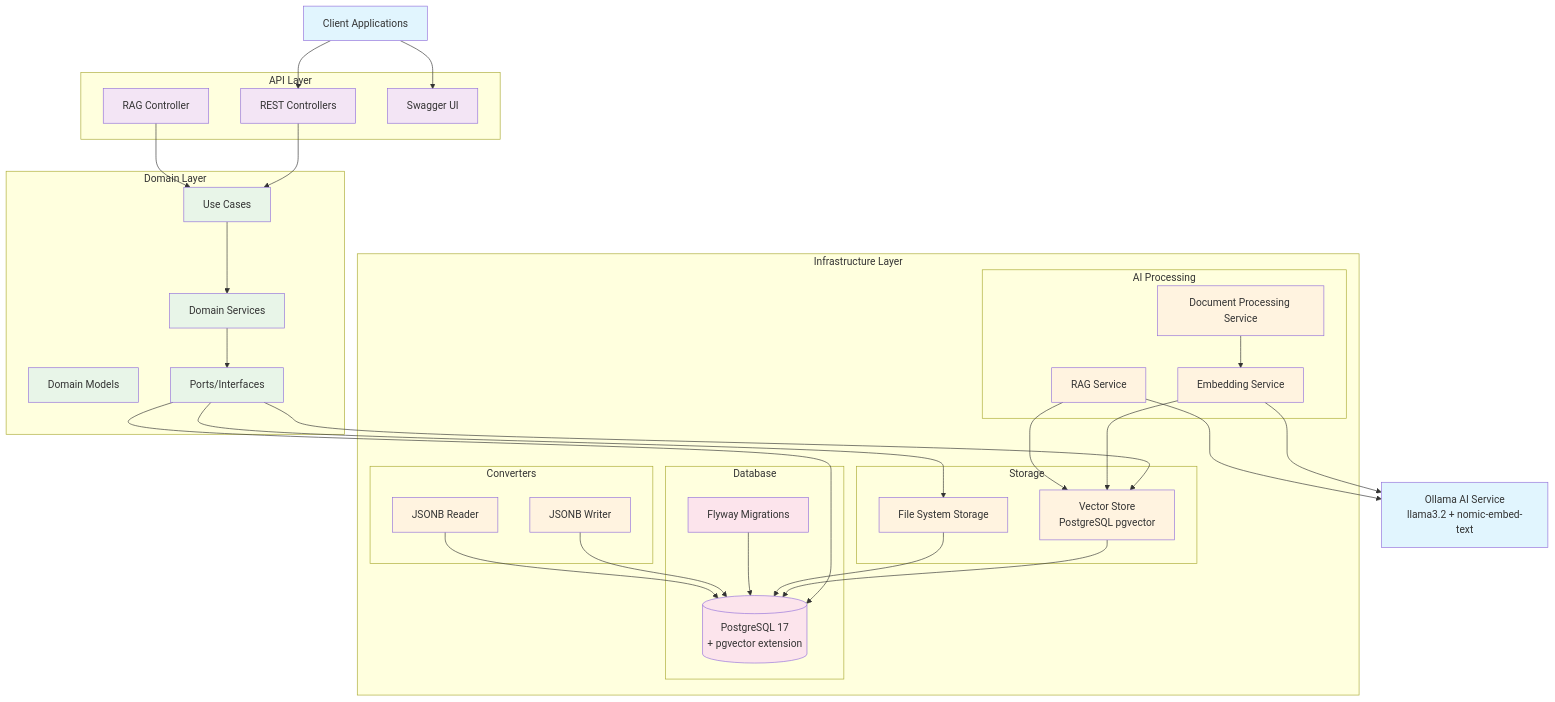
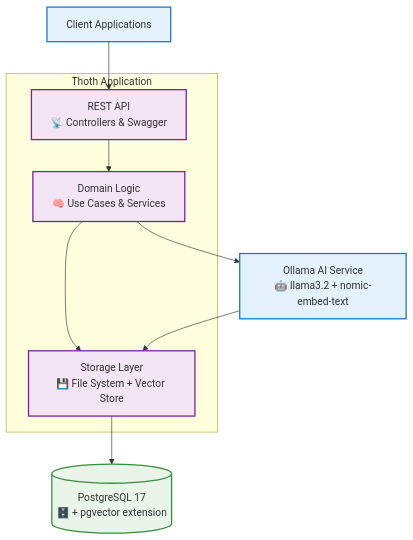
Before and after one commit to Mahmoud02/thoth: the diagram in README.md, drawn with Mermaid. The commit also changed other lines of this file, not shown here.

Commit message:
docs: update README to reflect new architecture and key data flows; enhance AI integration section and clarify component roles within the system

````diff
--- a/README.md
+++ b/README.md
@@ -45,85 +45,35 @@
 ```mermaid
 graph TB
-    %% External Services
+    %% External Layer
     Client[Client Applications]
-    Ollama[Ollama AI Service<br/>llama3.2 + nomic-embed-text]
+    Ollama[Ollama AI Service<br/>🤖 llama3.2 + nomic-embed-text]
     
-    %% API Layer
-    subgraph "API Layer"
-        REST[REST Controllers]
-        AI[RAG Controller]
-        Swagger[Swagger UI]
+    %% Application Layer
+    subgraph "Thoth Application"
+        API[REST API<br/>📡 Controllers & Swagger]
+        Domain[Domain Logic<br/>🧠 Use Cases & Services]
+        Storage[Storage Layer<br/>💾 File System + Vector Store]
     end
     
-    %% Domain Layer
-    subgraph "Domain Layer"
-        UseCases[Use Cases]
-        Services[Domain Services]
-        Models[Domain Models]
-        Ports[Ports/Interfaces]
-    end
+    %% Database Layer
+    PostgreSQL[(PostgreSQL 17<br/>🗄️ + pgvector extension)]
     
-    %% Infrastructure Layer
-    subgraph "Infrastructure Layer"
-        subgraph "Storage"
-            FileSystem[File System Storage]
-            VectorStore[Vector Store<br/>PostgreSQL pgvector]
-        end
-        
-        subgraph "Database"
-            PostgreSQL[(PostgreSQL 17<br/>+ pgvector extension)]
-            Migrations[Flyway Migrations]
-        end
-        
-        subgraph "AI Processing"
-            DocProcessor[Document Processing Service]
-            EmbeddingService[Embedding Service]
-            RagService[RAG Service]
-        end
-        
-        subgraph "Converters"
-            JsonbWriter[JSONB Writer]
-            JsonbReader[JSONB Reader]
-        end
-    end
+    %% Main Flows
+    Client --> API
+    API --> Domain
+    Domain --> Storage
+    Storage --> PostgreSQL
     
-    %% Data Flow
-    Client --> REST
-    Client --> Swagger
-    REST --> UseCases
-    AI --> UseCases
-    UseCases --> Services
-    Services --> Ports
-    Ports --> FileSystem
-    Ports --> VectorStore
-    Ports --> PostgreSQL
-    
-    %% AI Flow
-    DocProcessor --> EmbeddingService
-    EmbeddingService --> Ollama
-    EmbeddingService --> VectorStore
-    RagService --> Ollama
-    RagService --> VectorStore
-    
-    %% Database Flow
-    VectorStore --> PostgreSQL
-    FileSystem --> PostgreSQL
-    Migrations --> PostgreSQL
-    
-    %% Converter Flow
-    JsonbWriter --> PostgreSQL
-    JsonbReader --> PostgreSQL
+    %% AI Integration
+    Domain --> Ollama
+    Ollama --> Storage
     
     %% Styling
-    classDef external fill:#e1f5fe
-    classDef api fill:#f3e5f5
-    classDef domain fill:#e8f5e8
-    classDef infrastructure fill:#fff3e0
-    classDef database fill:#fce4ec
+    classDef external fill:#e3f2fd,stroke:#1976d2,stroke-width:2px
+    classDef application fill:#f3e5f5,stroke:#7b1fa2,stroke-width:2px
+    classDef database fill:#e8f5e8,stroke:#388e3c,stroke-width:2px
     
     class Client,Ollama external
-    class REST,AI,Swagger api
-    class UseCases,Services,Models,Ports domain
-    class FileSystem,VectorStore,DocProcessor,EmbeddingService,RagService,JsonbWriter,JsonbReader infrastructure
-    class PostgreSQL,Migrations database
+    class API,Domain,Storage application
+    class PostgreSQL database
 ```
````
